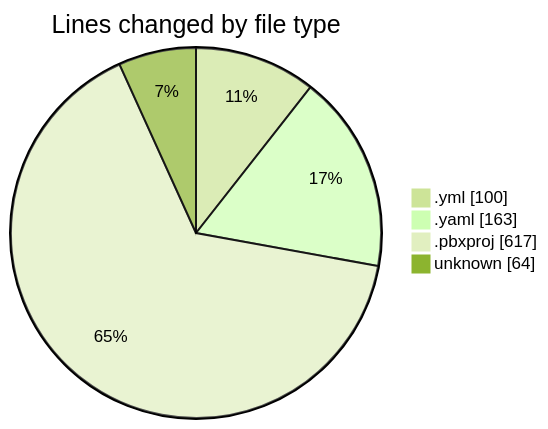
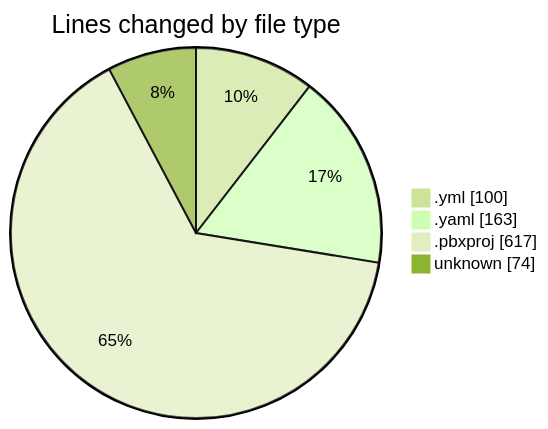
Before and after one commit to lephambinh05/code-tracking: the first of 2 diagrams in 2025-08-08/studybuddy/README.md, drawn with Mermaid (forest theme). The commit also changed other lines of this file and 1 other file, not shown here.

````diff
--- a/2025-08-08/studybuddy/README.md
+++ b/2025-08-08/studybuddy/README.md
@@ -24,8 +24,8 @@
 ```mermaid
 pie showData
 title Lines changed by file type
 ".yml" : 100
 ".yaml" : 163
 ".pbxproj" : 617
-"unknown" : 64
+"unknown" : 74
 ```
````
